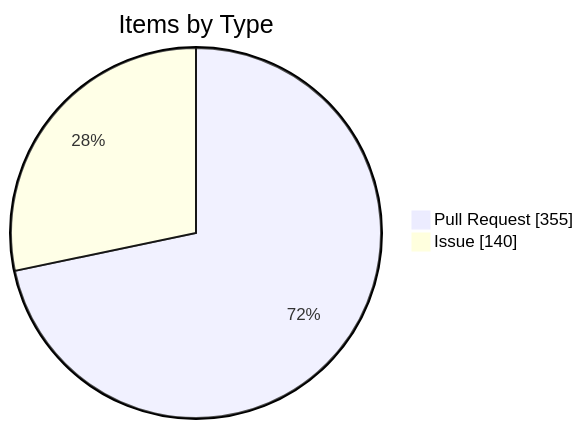
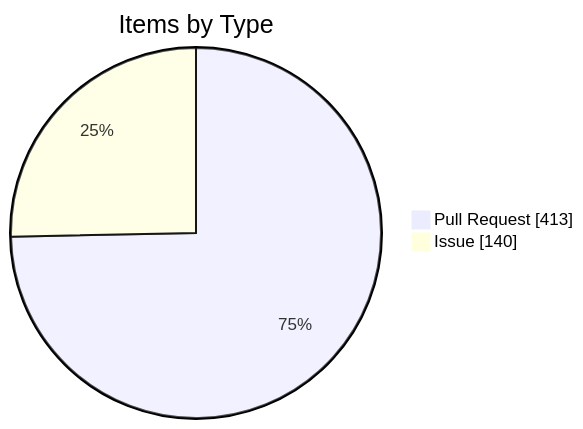
One commit to KBVE/kbve changed the fourth of 4 diagrams in apps/kbve/astro-kbve/src/content/docs/dashboard/kanban-data.mdx. Above: the diagram before and after it, drawn with Mermaid. The commit also changed other lines of this file and 2 other files, not shown here.

````diff
--- a/apps/kbve/astro-kbve/src/content/docs/dashboard/kanban-data.mdx
+++ b/apps/kbve/astro-kbve/src/content/docs/dashboard/kanban-data.mdx
@@ -246,6 +246,6 @@
 ```mermaid
 pie showData
     title Items by Type
-    "Pull Request" : 355
+    "Pull Request" : 413
     "Issue" : 140
 ```
````
